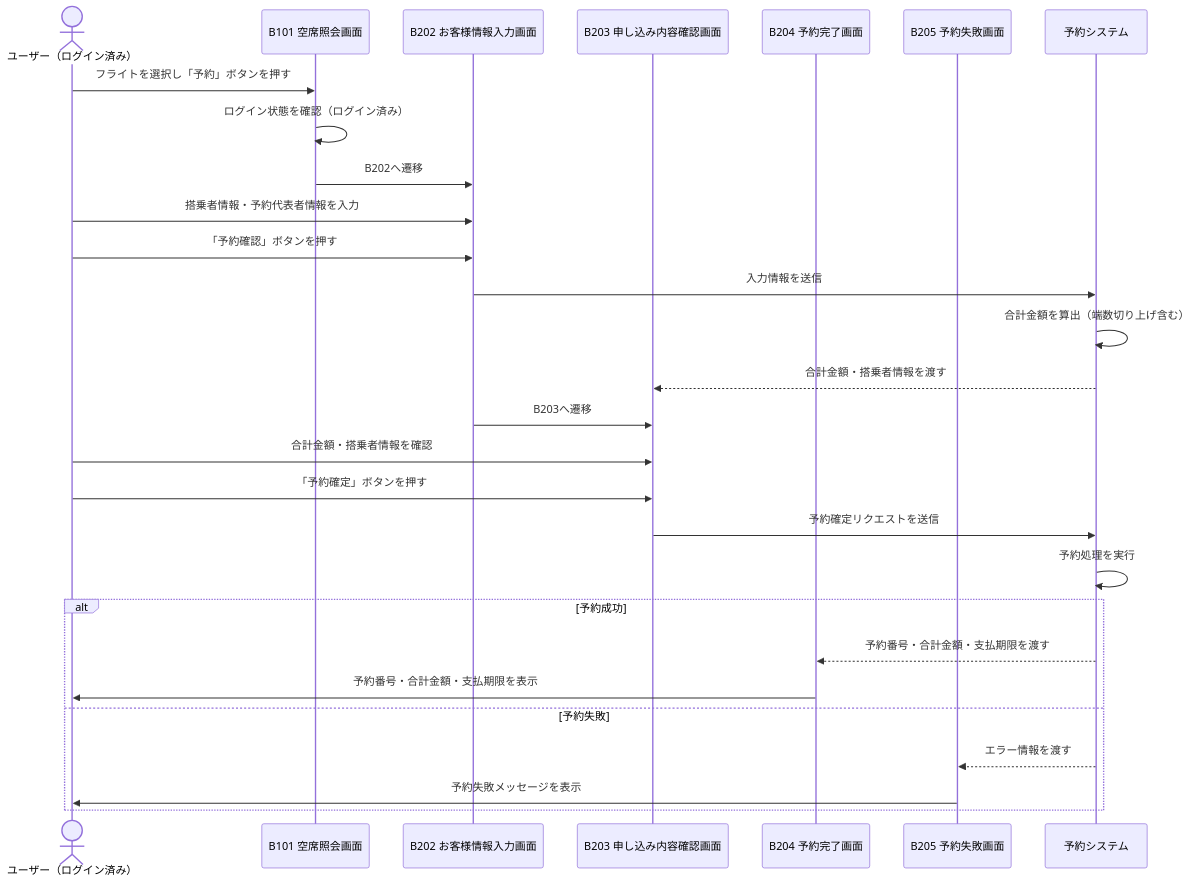
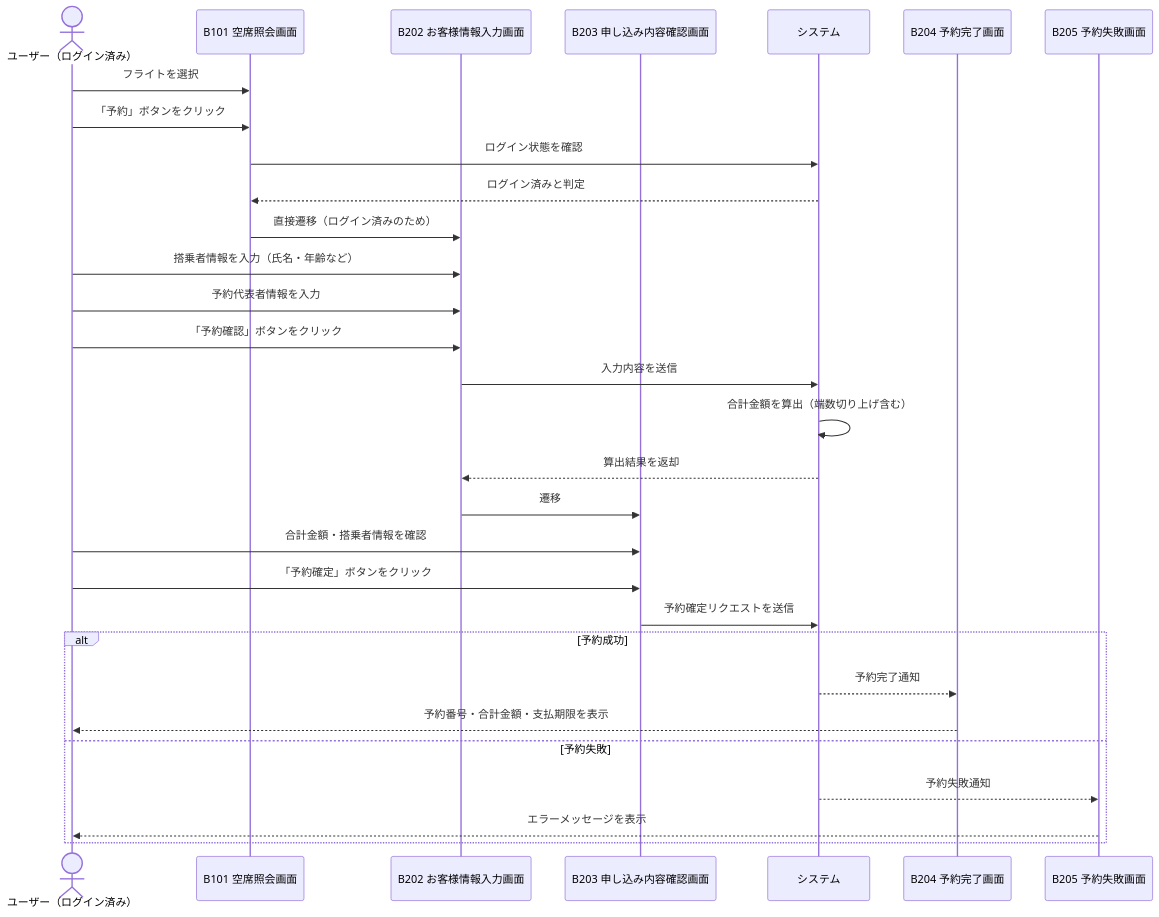
Before and after one commit to dropstepper/claude-testing-training: the diagram in docs/演習/結果/課題9 テスト設計.md, drawn with Mermaid. The commit also changed other lines of this file and 2 other files, not shown here.

````diff
--- a/docs/演習/結果/課題9 テスト設計.md
+++ b/docs/演習/結果/課題9 テスト設計.md
@@ -11,34 +5,36 @@
 ```mermaid
 sequenceDiagram
     actor User as ユーザー（ログイン済み）
     participant B101 as B101 空席照会画面
     participant B202 as B202 お客様情報入力画面
     participant B203 as B203 申し込み内容確認画面
+    participant System as システム
     participant B204 as B204 予約完了画面
     participant B205 as B205 予約失敗画面
-    participant SYS as 予約システム
 
-    User->>B101: フライトを選択し「予約」ボタンを押す
-    B101->>B101: ログイン状態を確認（ログイン済み）
-    B101->>B202: B202へ遷移
+    User->>B101: フライトを選択
+    User->>B101: 「予約」ボタンをクリック
+    B101->>System: ログイン状態を確認
+    System-->>B101: ログイン済みと判定
+    B101->>B202: 直接遷移（ログイン済みのため）
 
-    User->>B202: 搭乗者情報・予約代表者情報を入力
-    User->>B202: 「予約確認」ボタンを押す
-    B202->>SYS: 入力情報を送信
-    SYS->>SYS: 合計金額を算出（端数切り上げ含む）
-    SYS-->>B203: 合計金額・搭乗者情報を渡す
-    B202->>B203: B203へ遷移
+    User->>B202: 搭乗者情報を入力（氏名・年齢など）
+    User->>B202: 予約代表者情報を入力
+    User->>B202: 「予約確認」ボタンをクリック
+    B202->>System: 入力内容を送信
+    System->>System: 合計金額を算出（端数切り上げ含む）
+    System-->>B202: 算出結果を返却
+    B202->>B203: 遷移
 
     User->>B203: 合計金額・搭乗者情報を確認
-    User->>B203: 「予約確定」ボタンを押す
-    B203->>SYS: 予約確定リクエストを送信
-    SYS->>SYS: 予約処理を実行
+    User->>B203: 「予約確定」ボタンをクリック
+    B203->>System: 予約確定リクエストを送信
 
     alt 予約成功
-        SYS-->>B204: 予約番号・合計金額・支払期限を渡す
-        B204->>User: 予約番号・合計金額・支払期限を表示
+        System-->>B204: 予約完了通知
+        B204-->>User: 予約番号・合計金額・支払期限を表示
     else 予約失敗
-        SYS-->>B205: エラー情報を渡す
-        B205->>User: 予約失敗メッセージを表示
+        System-->>B205: 予約失敗通知
+        B205-->>User: エラーメッセージを表示
     end
 ```
````
